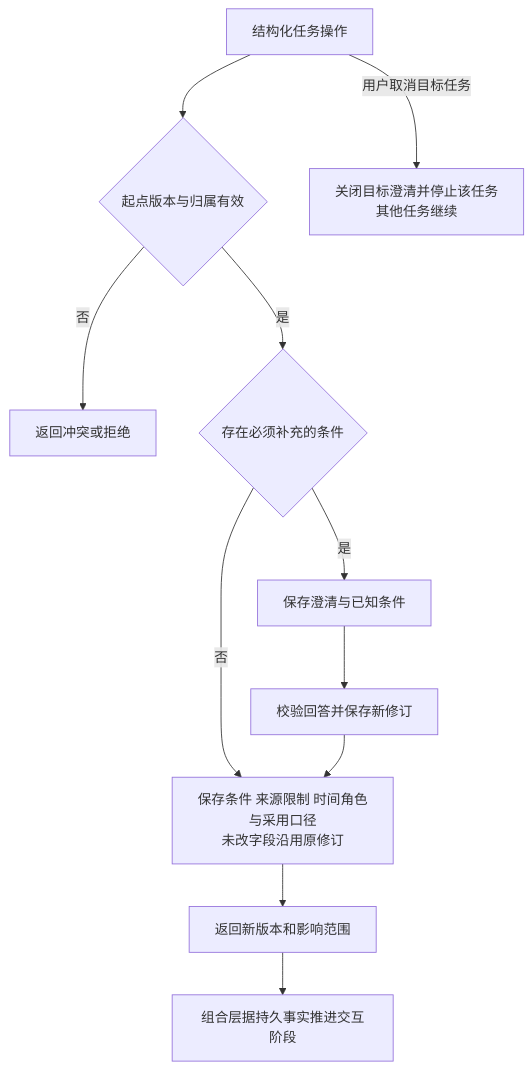
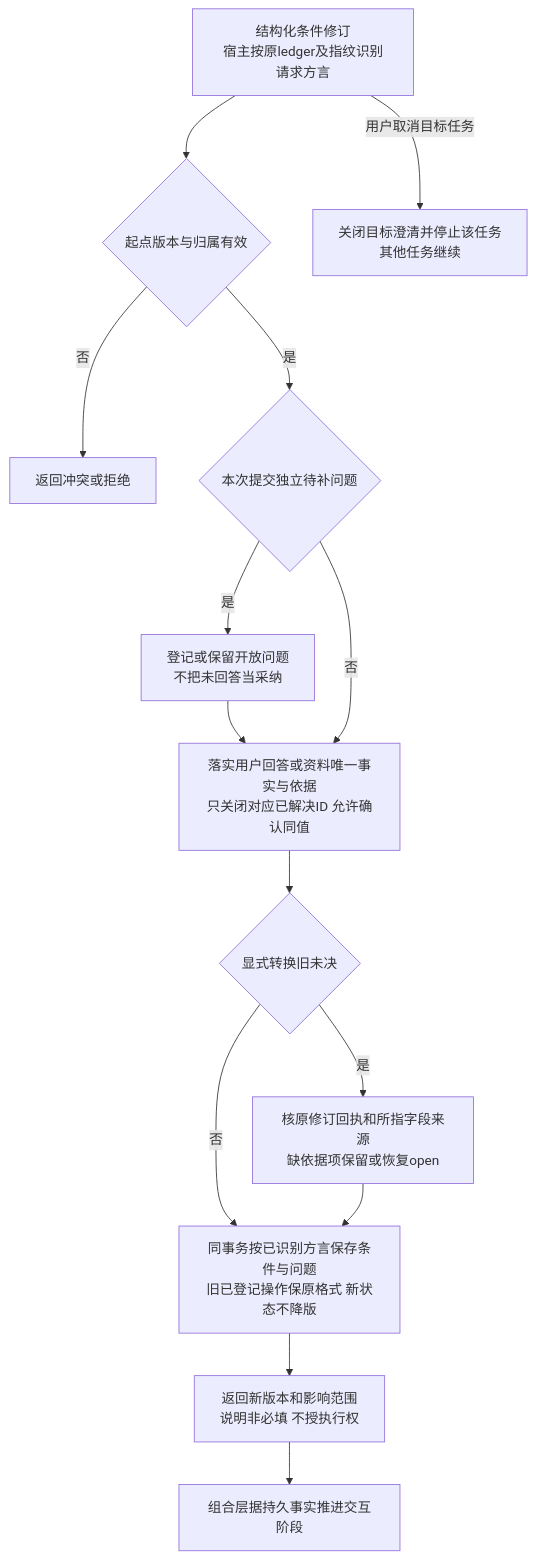
Before and after one commit to yaoziyaoguai/data_agent: the fourth of 8 diagrams in docs/architecture/runtime-modules.md, drawn with Mermaid. The commit also changed other lines of this file and 34 other files, not shown here.

First line of the commit message:
docs: synchronize architecture and local trial guidance

````diff
--- a/docs/architecture/runtime-modules.md
+++ b/docs/architecture/runtime-modules.md
@@ -175,13 +178,16 @@
 ```mermaid
 flowchart TD
-  A[结构化任务操作] --> B{起点版本与归属有效}
+  A[结构化条件修订<br/>宿主按原ledger及指纹识别请求方言] --> B{起点版本与归属有效}
   A -->|用户取消目标任务| XCancel[关闭目标澄清并停止该任务<br/>其他任务继续]
   B -->|否| X[返回冲突或拒绝]
-  B -->|是| C{存在必须补充的条件}
-  C -->|是| D[保存澄清与已知条件]
-  D --> E[校验回答并保存新修订]
-  C -->|否| F[保存条件 来源限制 时间角色与采用口径<br/>未改字段沿用原修订]
-  E --> F
-  F --> G[返回新版本和影响范围]
+  B -->|是| C{本次提交独立待补问题}
+  C -->|是| D[登记或保留开放问题<br/>不把未回答当采纳]
+  D --> E[落实用户回答或资料唯一事实与依据<br/>只关闭对应已解决ID 允许确认同值]
+  C -->|否| E
+  E --> Legacy{显式转换旧未决}
+  Legacy -->|是| Proof[核原修订回执和所指字段来源<br/>缺依据项保留或恢复open]
+  Legacy -->|否| F[同事务按已识别方言保存条件与问题<br/>旧已登记操作保原格式 新状态不降版]
+  Proof --> F
+  F --> G[返回新版本和影响范围<br/>说明非必填 不授执行权]
   G --> H[组合层据持久事实推进交互阶段]
 ```
````
